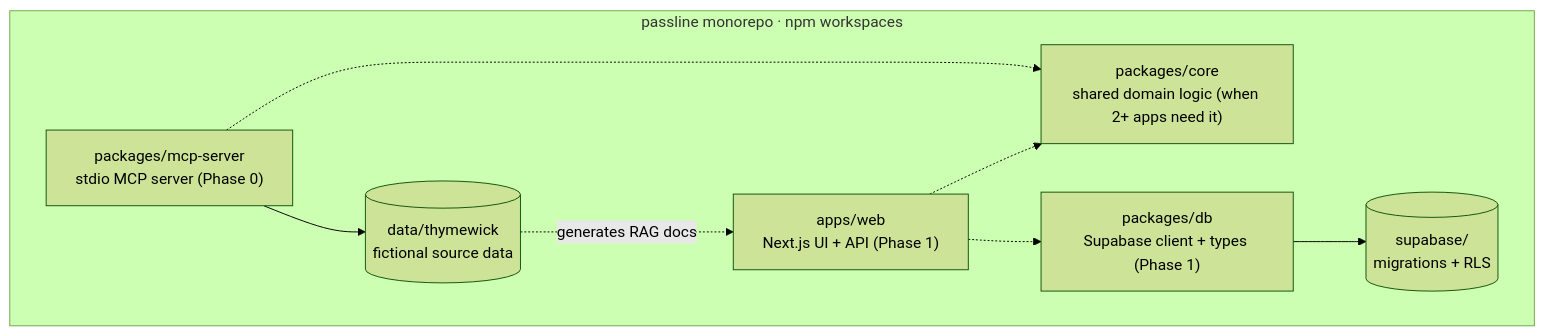
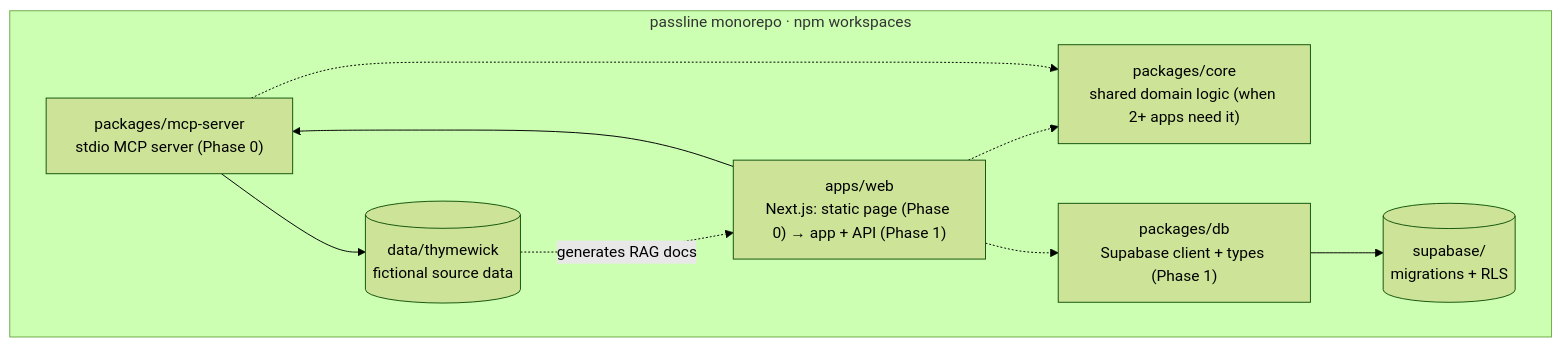
One commit to Amir1887/passline changed the second of 2 diagrams in docs/architecture.md. Above: the diagram before and after it, drawn with Mermaid (forest theme). The commit also changed other lines of this file and 21 other files, not shown here.

````diff
--- a/docs/architecture.md
+++ b/docs/architecture.md
@@ -20,16 +20,17 @@
 ```mermaid
 flowchart TB
   subgraph repo [passline monorepo · npm workspaces]
     mcp["packages/mcp-server<br/>stdio MCP server (Phase 0)"]
-    web["apps/web<br/>Next.js UI + API (Phase 1)"]
+    web["apps/web<br/>Next.js: static page (Phase 0) → app + API (Phase 1)"]
     core["packages/core<br/>shared domain logic (when 2+ apps need it)"]
     dbpkg["packages/db<br/>Supabase client + types (Phase 1)"]
     data[("data/thymewick<br/>fictional source data")]
     sb[("supabase/<br/>migrations + RLS")]
   end
   mcp --> data
+  web --> mcp
   web -.-> core
   mcp -.-> core
   web -.-> dbpkg --> sb
   data -. generates RAG docs .-> web
 ```
````
